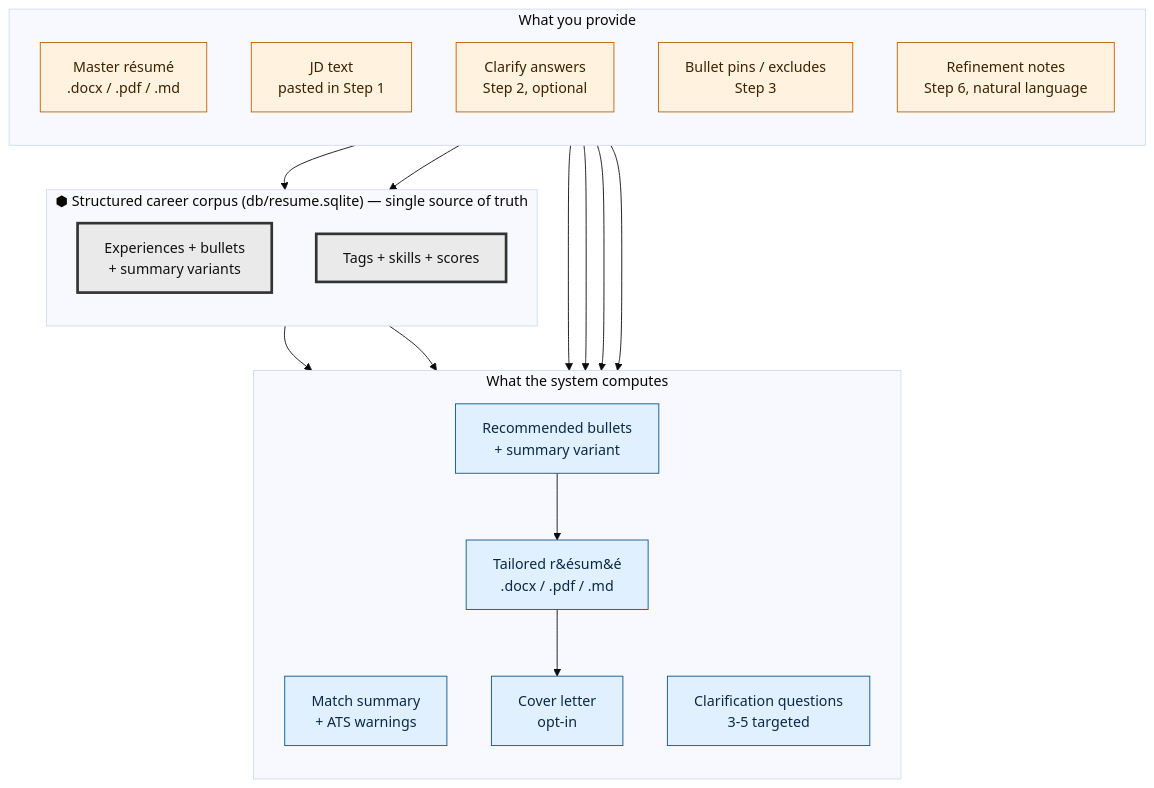
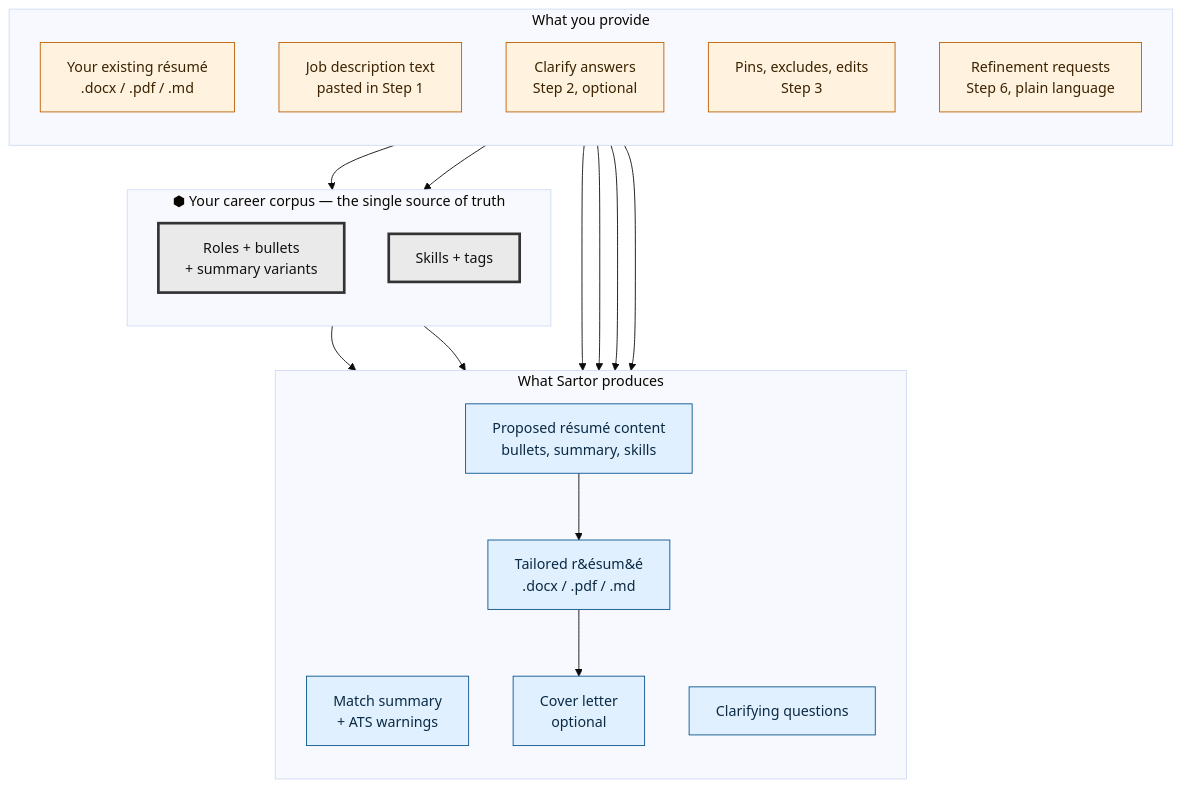
One commit to take-tempo-public/sartor changed the second of 2 diagrams in docs/user/walkthrough.md. Above: the diagram before and after it, drawn with Mermaid (base theme). The commit also changed other lines of this file and 7 other files, not shown here.

````diff
--- a/docs/user/walkthrough.md
+++ b/docs/user/walkthrough.md
@@ -95,43 +102,43 @@
 ```mermaid
 flowchart TB
   subgraph You["What you provide"]
     direction TB
-    U1[Master résumé<br/>.docx / .pdf / .md]
-    U2[JD text<br/>pasted in Step 1]
+    U1[Your existing résumé<br/>.docx / .pdf / .md]
+    U2[Job description text<br/>pasted in Step 1]
     U3[Clarify answers<br/>Step 2, optional]
-    U4[Bullet pins / excludes<br/>Step 3]
-    U5[Refinement notes<br/>Step 6, natural language]
+    U4[Pins, excludes, edits<br/>Step 3]
+    U5[Refinement requests<br/>Step 6, plain language]
   end
 
-  subgraph Corpus["⬢ Structured career corpus (db/resume.sqlite) — single source of truth"]
+  subgraph Corpus["⬢ Your career corpus — the single source of truth"]
     direction TB
-    K1[Experiences + bullets<br/>+ summary variants]
-    K2[Tags + skills + scores]
+    K1[Roles + bullets<br/>+ summary variants]
+    K2[Skills + tags]
   end
 
-  subgraph System["What the system computes"]
+  subgraph System["What Sartor produces"]
     direction TB
     A1[Match summary<br/>+ ATS warnings]
-    A2[Clarification questions<br/>3-5 targeted]
-    A3[Recommended bullets<br/>+ summary variant]
+    A2[Clarifying questions]
+    A3[Proposed résumé content<br/>bullets, summary, skills]
     A4[Tailored r&#233;sum&#233;<br/>.docx / .pdf / .md]
-    A5[Cover letter<br/>opt-in]
+    A5[Cover letter<br/>optional]
   end
 
   U1 --> K1 --> A3
   U2 --> A1
   U2 --> A2
   U3 --> K1
   K2 --> A3
+  U4 --> A3
+  U5 --> A3
   A3 --> A4
-  U4 --> A4
-  U5 --> A4
   A4 --> A5
 
   classDef user fill:#fff3e0,stroke:#bf6000,color:#3b2200
   classDef store fill:#eaeaea,stroke:#333,stroke-width:3px,color:#111
   classDef out fill:#e0f0ff,stroke:#0a558c,color:#0a2a44
   class U1,U2,U3,U4,U5 user
   class K1,K2 store
   class A1,A2,A3,A4,A5 out
 ```
````
